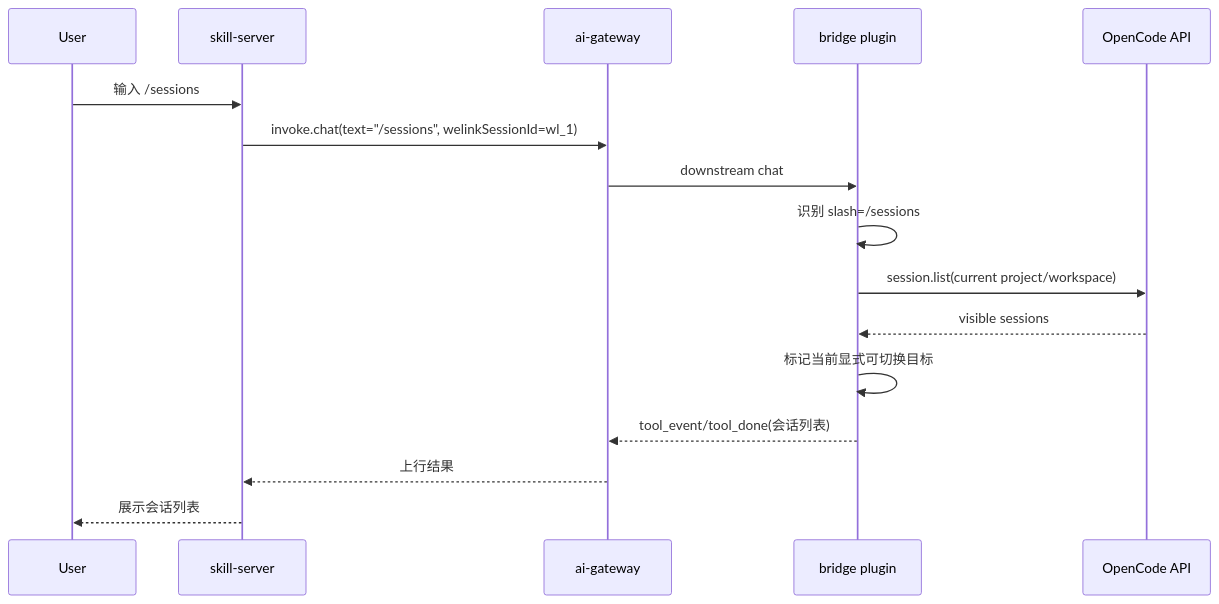
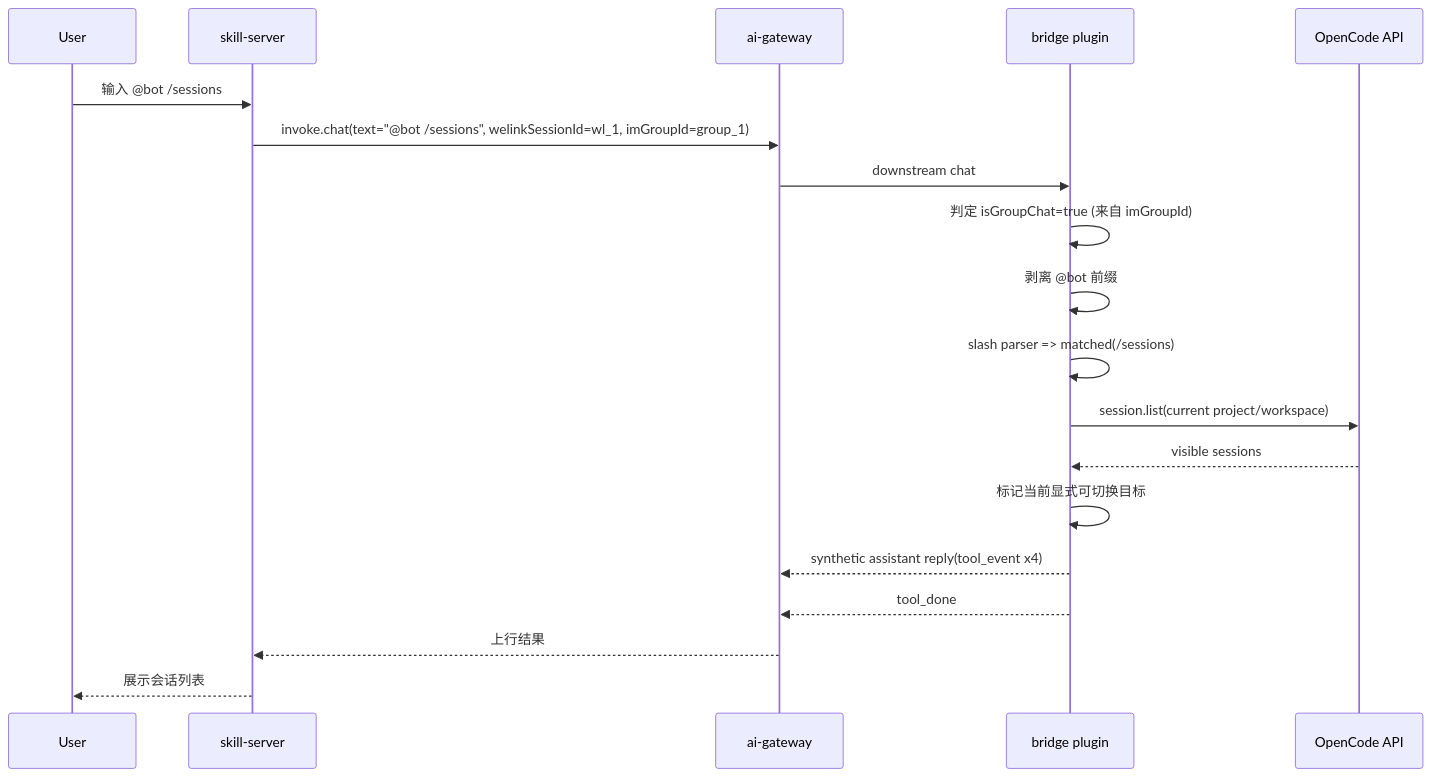
Before and after one commit to yuzhangCZ/agent-plugin: the second of 15 diagrams in docs/design/message-bridge-slash-commands-solution.md, drawn with Mermaid. The commit also changed other lines of this file and 12 other files, not shown here.

````diff
--- a/docs/design/message-bridge-slash-commands-solution.md
+++ b/docs/design/message-bridge-slash-commands-solution.md
@@ -573,19 +608,22 @@
 ```mermaid
 sequenceDiagram
   participant U as User
   participant SS as skill-server
   participant GW as ai-gateway
   participant MB as bridge plugin
   participant OC as OpenCode API
 
-  U->>SS: 输入 /sessions
-  SS->>GW: invoke.chat(text="/sessions", welinkSessionId=wl_1)
+  U->>SS: 输入 @bot /sessions
+  SS->>GW: invoke.chat(text="@bot /sessions", welinkSessionId=wl_1, imGroupId=group_1)
   GW->>MB: downstream chat
-  MB->>MB: 识别 slash=/sessions
+  MB->>MB: 判定 isGroupChat=true (来自 imGroupId)
+  MB->>MB: 剥离 @bot 前缀
+  MB->>MB: slash parser => matched(/sessions)
   MB->>OC: session.list(current project/workspace)
   OC-->>MB: visible sessions
   MB->>MB: 标记当前显式可切换目标
-  MB-->>GW: tool_event/tool_done(会话列表)
+  MB-->>GW: synthetic assistant reply(tool_event x4)
+  MB-->>GW: tool_done
   GW-->>SS: 上行结果
   SS-->>U: 展示会话列表
 ```
````
